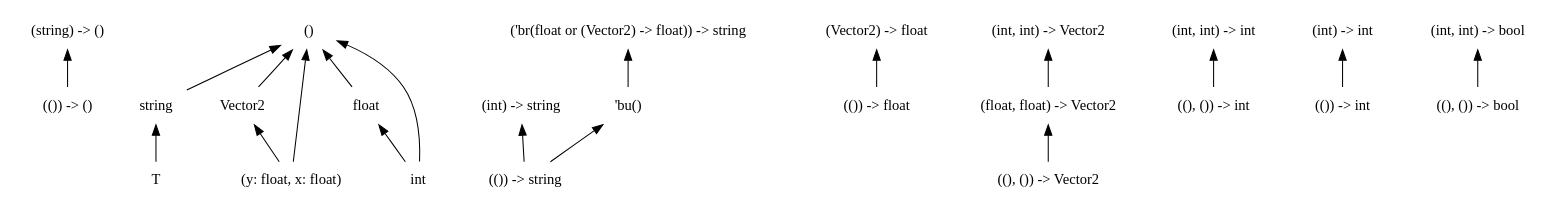
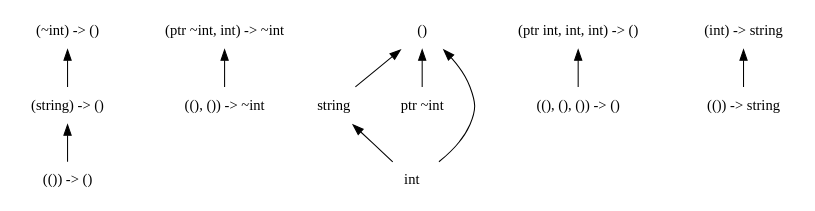
The diagram in dots/19.dot (chocobo333/regino), drawn with Graphviz before and after one commit. The commit also changed 48 other files, not shown here.

```diff
--- a/dots/19.dot
+++ b/dots/19.dot
@@ -1,53 +1,33 @@
 digraph order {
   graph [
     size = "30,10"
     ];
   node [
     shape = none
     ];
   edge [
     dir = back
     ];
   "(string) -> ()"
   "(()) -> ()"
+  "(ptr ~int, int) -> ~int"
   "string"
-  "Vector2"
-  "'bu()"
-  "(()) -> float"
-  "T"
-  "('br(float or (Vector2) -> float)) -> string"
-  "((), ()) -> Vector2"
-  "(int, int) -> Vector2"
-  "((), ()) -> int"
-  "(int) -> int"
-  "(int, int) -> int"
+  "(ptr int, int, int) -> ()"
+  "((), ()) -> ~int"
   "()"
-  "(int, int) -> bool"
-  "(float, float) -> Vector2"
+  "ptr ~int"
+  "((), (), ()) -> ()"
   "(()) -> string"
-  "(Vector2) -> float"
-  "(y: float, x: float)"
+  "(~int) -> ()"
   "(int) -> string"
-  "float"
-  "(()) -> int"
   "int"
-  "((), ()) -> bool"
   "(string) -> ()" -> "(()) -> ()"
-  "string" -> "T"
-  "Vector2" -> "(y: float, x: float)"
-  "'bu()" -> "(()) -> string"
-  "('br(float or (Vector2) -> float)) -> string" -> "'bu()"
-  "(int, int) -> Vector2" -> "(float, float) -> Vector2"
-  "(int) -> int" -> "(()) -> int"
-  "(int, int) -> int" -> "((), ()) -> int"
+  "(ptr ~int, int) -> ~int" -> "((), ()) -> ~int"
+  "string" -> "int"
+  "(~int) -> ()" -> "(string) -> ()"
+  "(int) -> string" -> "(()) -> string"
+  "(ptr int, int, int) -> ()" -> "((), (), ()) -> ()"
   "()" -> "string"
-  "()" -> "Vector2"
-  "()" -> "(y: float, x: float)"
-  "()" -> "float"
   "()" -> "int"
-  "(int, int) -> bool" -> "((), ()) -> bool"
-  "(float, float) -> Vector2" -> "((), ()) -> Vector2"
-  "(Vector2) -> float" -> "(()) -> float"
-  "(int) -> string" -> "(()) -> string"
-  "float" -> "int"
+  "()" -> "ptr ~int"
 }
```
